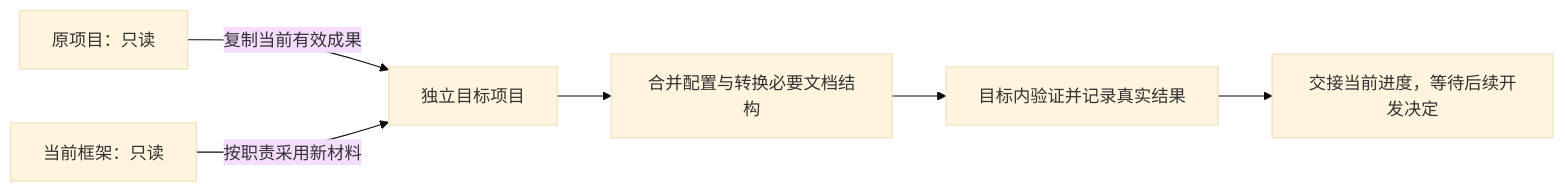
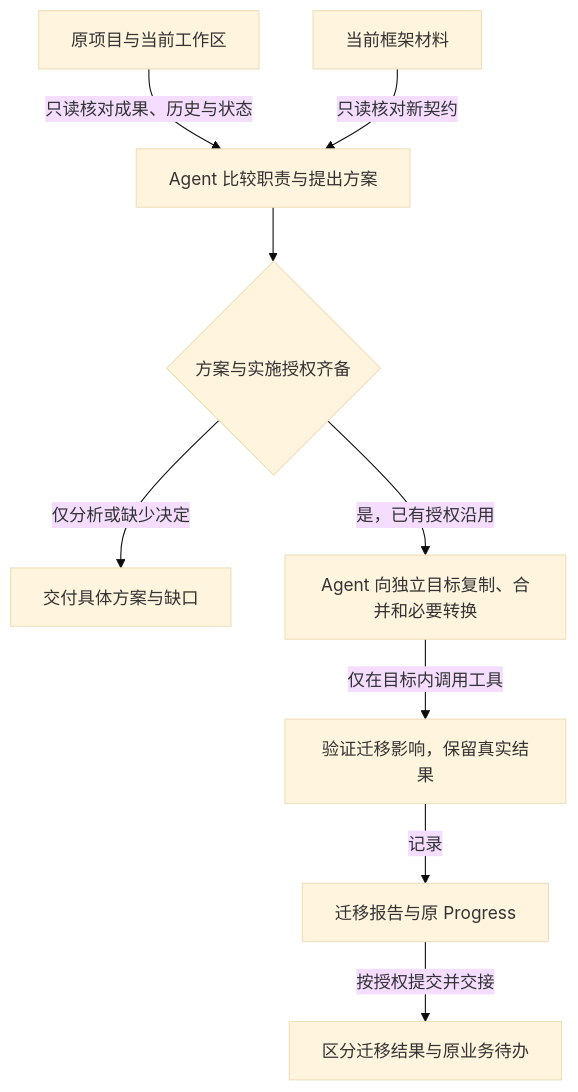
Before and after one commit to yxy823/Game_idle_yaya_frame: the diagram in framework/docs/blank-project/getting-started/migrate-existing-project.md, drawn with Mermaid (base theme). The commit also changed other lines of this file and 14 other files, not shown here.

First line of the commit message:
docs(handbook): 重组正式使用手册并补齐流程与验证图示

````diff
--- a/framework/docs/blank-project/getting-started/migrate-existing-project.md
+++ b/framework/docs/blank-project/getting-started/migrate-existing-project.md
@@ -15,8 +15,11 @@
 ```mermaid
-flowchart LR
-    O[原项目：只读] -->|复制当前有效成果| T[独立目标项目]
-    F[当前框架：只读] -->|按职责采用新材料| T
-    T --> C[合并配置与转换必要文档结构]
-    C --> V[目标内验证并记录真实结果]
-    V --> H[交接当前进度，等待后续开发决定]
+flowchart TD
+    O[原项目与当前工作区] -->|只读核对成果、历史与状态| A[Agent 比较职责与提出方案]
+    F[当前框架材料] -->|只读核对新契约| A
+    A --> Q{方案与实施授权齐备}
+    Q -->|仅分析或缺少决定| W[交付具体方案与缺口]
+    Q -->|是，已有授权沿用| T[Agent 向独立目标复制、合并和必要转换]
+    T -->|仅在目标内调用工具| V[验证迁移影响，保留真实结果]
+    V -->|记录| R[迁移报告与原 Progress]
+    R -->|按授权提交并交接| H[区分迁移结果与原业务待办]
 ```
````
